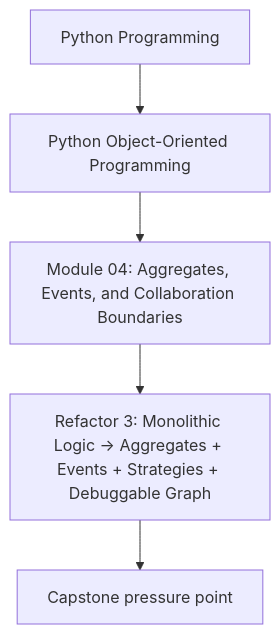
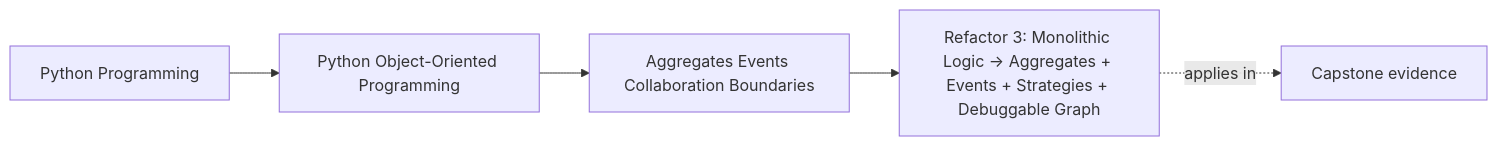
The first of 2 diagrams in programs/python-programming/python-object-oriented-programming/course-book/module-04-aggregates-events-collaboration-boundaries/refactor-aggregates-events-and-strategies.md (bijux/bijux-masterclass), drawn with Mermaid before and after one commit. The commit also changed other lines of this file and 65 other files, not shown here.

Commit message:
docs(python-object-oriented-programming): map object model and design foundations

````diff
--- a/programs/python-programming/python-object-oriented-programming/course-book/module-04-aggregates-events-collaboration-boundaries/refactor-aggregates-events-and-strategies.md
+++ b/programs/python-programming/python-object-oriented-programming/course-book/module-04-aggregates-events-collaboration-boundaries/refactor-aggregates-events-and-strategies.md
@@ -7,7 +7,11 @@
 ```mermaid
-flowchart TD
-  family["Python Programming"] --> program["Python Object-Oriented Programming"]
-  program --> module["Module 04: Aggregates, Events, and Collaboration Boundaries"]
-  module --> concept["Refactor 3: Monolithic Logic → Aggregates + Events + Strategies + Debuggable Graph"]
-  concept --> capstone["Capstone pressure point"]
+graph LR
+  family["Python Programming"]
+  program["Python Object-Oriented Programming"]
+  section["Aggregates Events Collaboration Boundaries"]
+  page["Refactor 3: Monolithic Logic → Aggregates + Events + Strategies + Debuggable Graph"]
+  capstone["Capstone evidence"]
+
+  family --> program --> section --> page
+  page -.applies in.-> capstone
 ```
````
